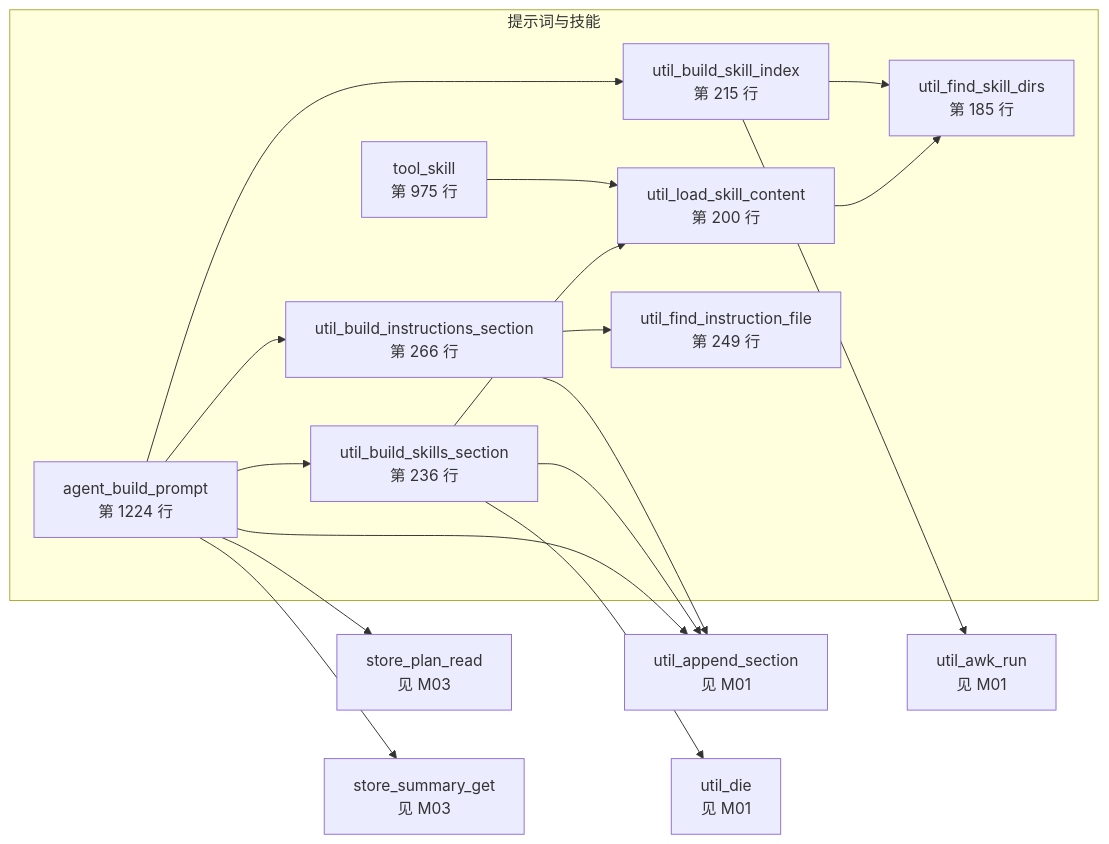
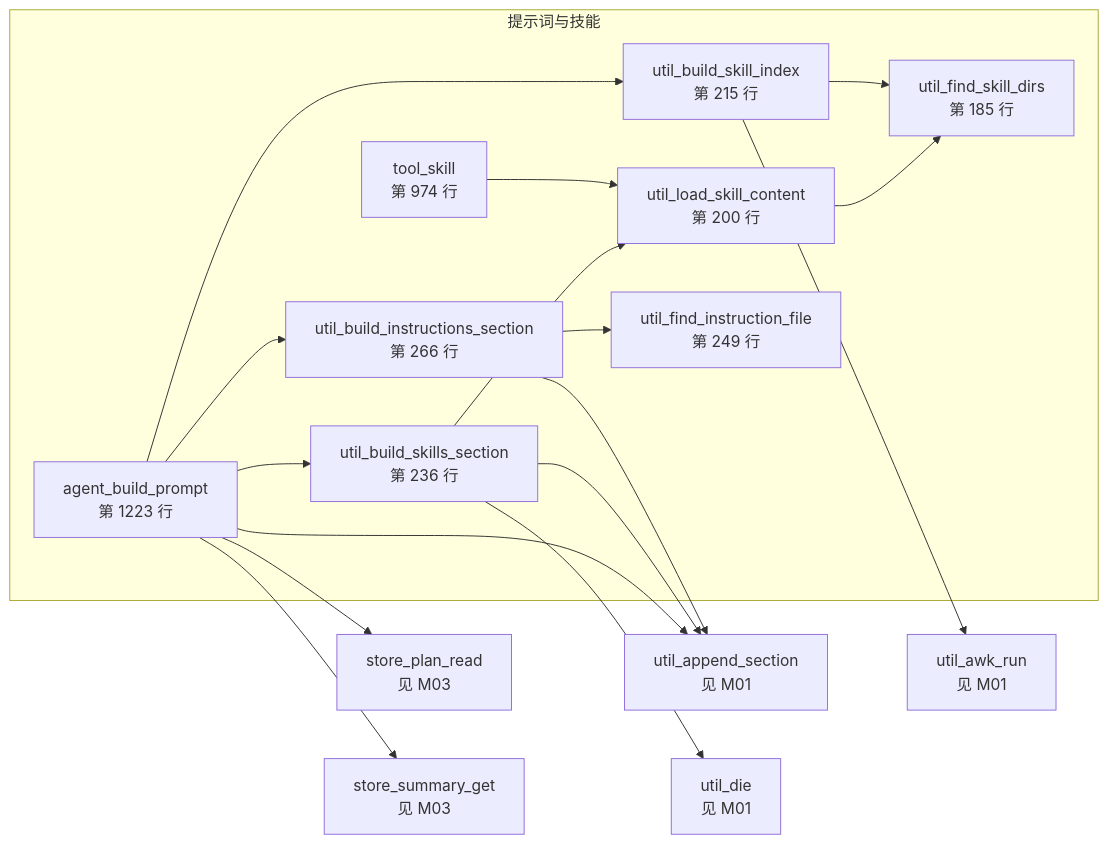
Before and after one commit to lloydzhou/bash-agent: the sixth of 15 diagrams in docs/bash-data-flow.md, drawn with Mermaid. The commit also changed other lines of this file and 1 other file, not shown here.

````diff
--- a/docs/bash-data-flow.md
+++ b/docs/bash-data-flow.md
@@ -220,33 +220,33 @@
 ```mermaid
 flowchart LR
   subgraph mod_4["提示词与技能"]
-    f_agent_build_prompt["agent_build_prompt<br/>第 1224 行"]
+    f_agent_build_prompt["agent_build_prompt<br/>第 1223 行"]
     f_util_find_skill_dirs["util_find_skill_dirs<br/>第 185 行"]
     f_util_load_skill_content["util_load_skill_content<br/>第 200 行"]
     f_util_build_skill_index["util_build_skill_index<br/>第 215 行"]
     f_util_build_skills_section["util_build_skills_section<br/>第 236 行"]
     f_util_find_instruction_file["util_find_instruction_file<br/>第 249 行"]
     f_util_build_instructions_section["util_build_instructions_section<br/>第 266 行"]
-    f_tool_skill["tool_skill<br/>第 975 行"]
+    f_tool_skill["tool_skill<br/>第 974 行"]
   end
   f_store_plan_read["store_plan_read<br/>见 M03"]
   f_store_summary_get["store_summary_get<br/>见 M03"]
   f_util_append_section["util_append_section<br/>见 M01"]
   f_util_awk_run["util_awk_run<br/>见 M01"]
   f_util_die["util_die<br/>见 M01"]
   f_agent_build_prompt --> f_util_build_instructions_section
   f_agent_build_prompt --> f_util_build_skill_index
   f_agent_build_prompt --> f_util_build_skills_section
   f_agent_build_prompt --> f_store_plan_read
   f_agent_build_prompt --> f_store_summary_get
   f_agent_build_prompt --> f_util_append_section
   f_util_load_skill_content --> f_util_find_skill_dirs
   f_util_build_skill_index --> f_util_find_skill_dirs
   f_util_build_skill_index --> f_util_awk_run
   f_util_build_skills_section --> f_util_load_skill_content
   f_util_build_skills_section --> f_util_die
   f_util_build_skills_section --> f_util_append_section
   f_util_build_instructions_section --> f_util_find_instruction_file
   f_util_build_instructions_section --> f_util_append_section
   f_tool_skill --> f_util_load_skill_content
 ```
````
